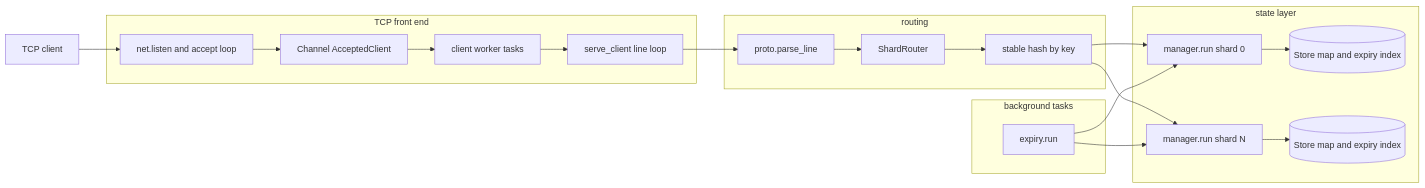
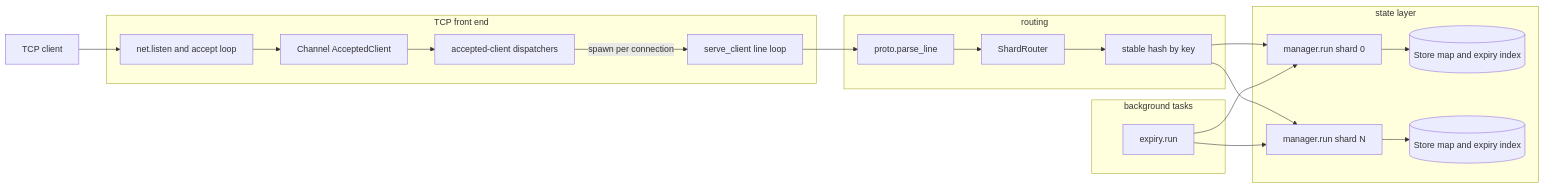
The first of 6 diagrams in ARCHITECTURE.md (vovakirdan/surgekv), drawn with Mermaid before and after one commit. The commit also changed other lines of this file and 5 other files, not shown here.

Commit message:
fix(surgekv): spawn client tasks from dispatch workers

````diff
--- a/ARCHITECTURE.md
+++ b/ARCHITECTURE.md
@@ -32,40 +26,40 @@
 ```mermaid
 flowchart LR
     subgraph TCP["TCP front end"]
         Listener["net.listen and accept loop"]
         Queue["Channel AcceptedClient"]
-        Workers["client worker tasks"]
+        Workers["accepted-client dispatchers"]
         ClientLoop["serve_client line loop"]
     end
 
     subgraph Routing["routing"]
         Parser["proto.parse_line"]
         Router["ShardRouter"]
         Hash["stable hash by key"]
     end
 
     subgraph State["state layer"]
         Shard0["manager.run shard 0"]
         ShardN["manager.run shard N"]
         Store0[("Store map and expiry index")]
         StoreN[("Store map and expiry index")]
     end
 
     subgraph Background["background tasks"]
         Expiry["expiry.run"]
     end
 
     Client["TCP client"] --> Listener
     Listener --> Queue
     Queue --> Workers
-    Workers --> ClientLoop
+    Workers -->|"spawn per connection"| ClientLoop
     ClientLoop --> Parser
     Parser --> Router
     Router --> Hash
     Hash --> Shard0
     Hash --> ShardN
     Shard0 --> Store0
     ShardN --> StoreN
     Expiry --> Shard0
     Expiry --> ShardN
 ```
````
